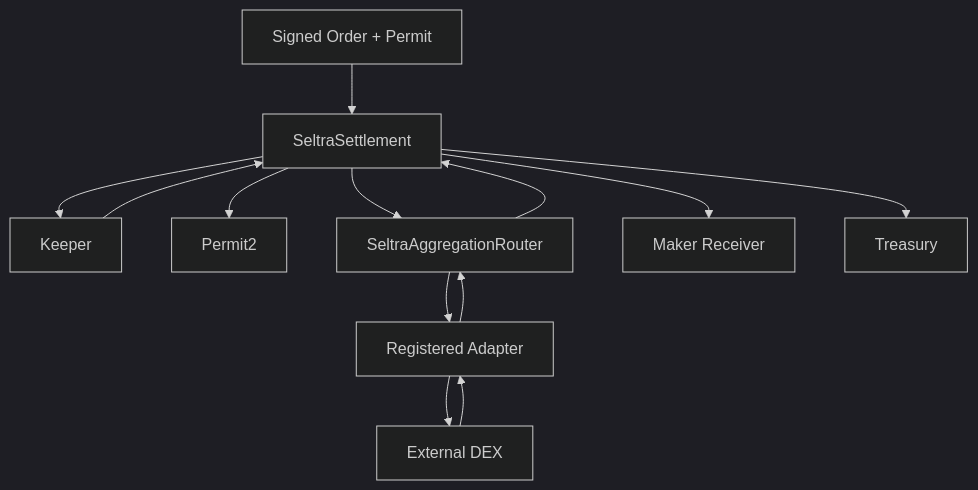
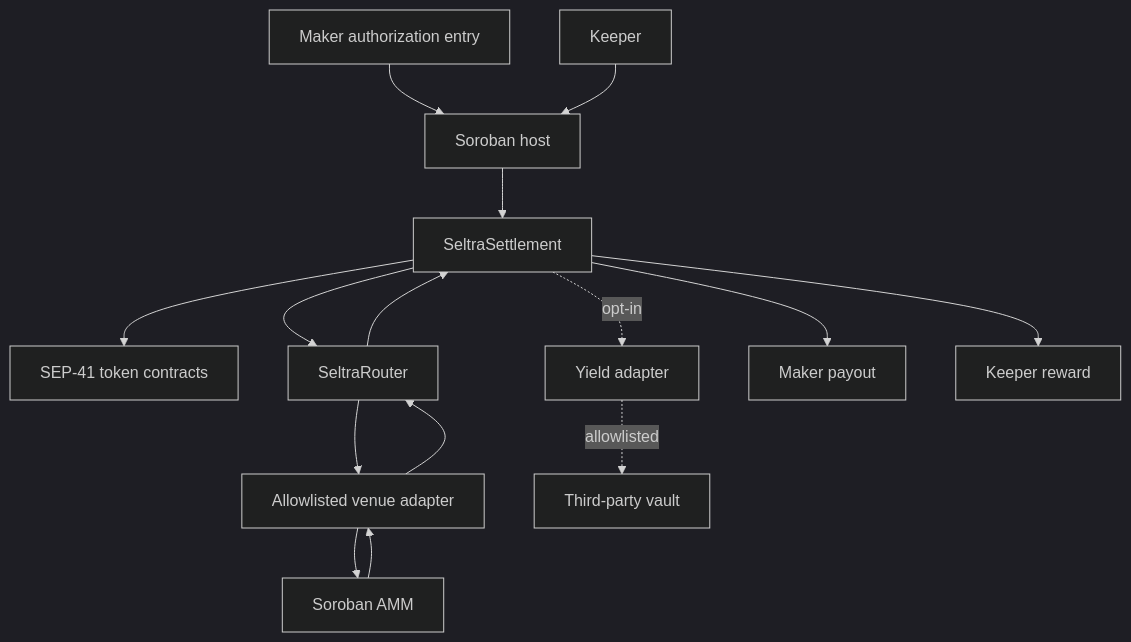
The diagram in content/docs/contract-reference/architecture.md (zadworny/Limit-Order-Frontend), drawn with Mermaid (dark theme) before and after one commit. The commit also changed other lines of this file and 47 other files, not shown here.

````diff
--- a/content/docs/contract-reference/architecture.md
+++ b/content/docs/contract-reference/architecture.md
@@ -10,15 +10,17 @@
 ```mermaid
 flowchart TB
-    Order[Signed Order + Permit] --> Settlement
-    Keeper --> Settlement[SeltraSettlement]
-    Settlement --> Permit2
-    Settlement --> Router[SeltraAggregationRouter]
-    Router --> Adapter[Registered Adapter]
-    Adapter --> Venue[External DEX]
+    Auth[Maker authorization entry] --> Host[Soroban host]
+    Keeper --> Host
+    Host --> Settlement[SeltraSettlement]
+    Settlement --> Token[SEP-41 token contracts]
+    Settlement --> Router[SeltraRouter]
+    Router --> Adapter[Allowlisted venue adapter]
+    Adapter --> Venue[Soroban AMM]
     Venue --> Adapter
     Adapter --> Router
     Router --> Settlement
-    Settlement --> Receiver[Maker Receiver]
-    Settlement --> Keeper
-    Settlement --> Treasury
+    Settlement -. opt-in .-> YieldA[Yield adapter]
+    YieldA -. allowlisted .-> Vault[Third-party vault]
+    Settlement --> Maker[Maker payout]
+    Settlement --> KeeperPay[Keeper reward]
 ```
````
